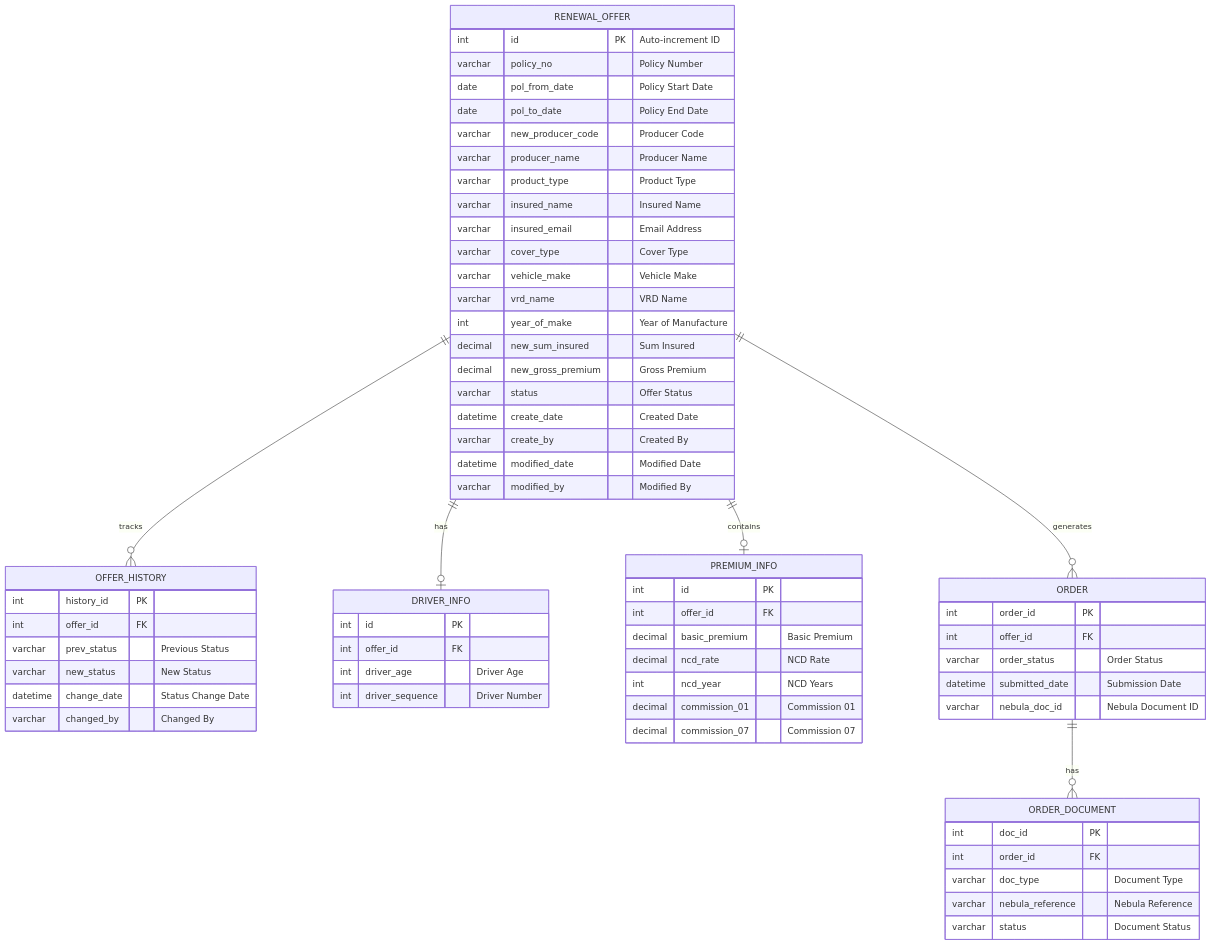
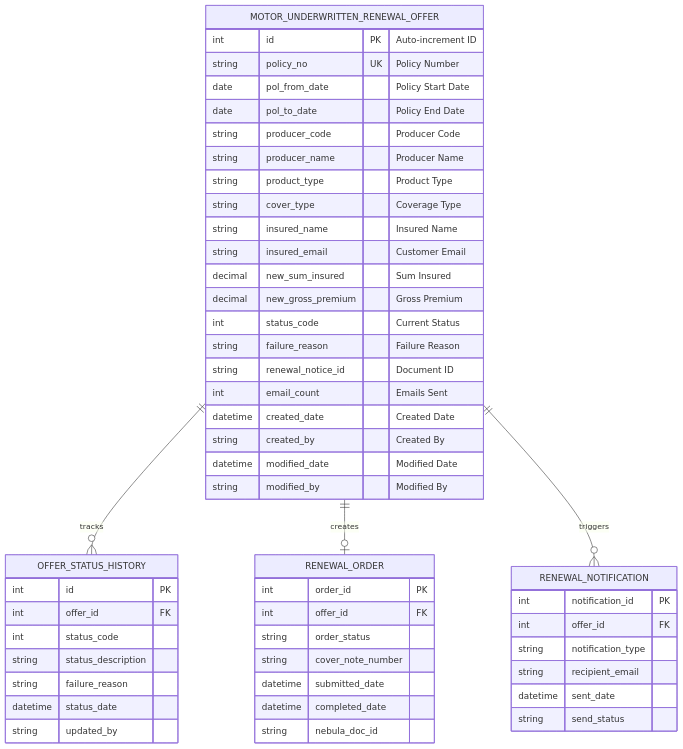
One commit to nghiakvnvsd/test_markdown changed the fifth of 10 diagrams in README.md. Above: the diagram before and after it, drawn with Mermaid. The commit also changed other lines of this file, not shown here.

````diff
--- a/README.md
+++ b/README.md
@@ -218,73 +275,58 @@
 ```mermaid
 erDiagram
-    RENEWAL_OFFER ||--o{ OFFER_HISTORY : tracks
-    RENEWAL_OFFER ||--o| DRIVER_INFO : has
-    RENEWAL_OFFER ||--o| PREMIUM_INFO : contains
-    RENEWAL_OFFER ||--o{ ORDER : generates
-    ORDER ||--o{ ORDER_DOCUMENT : has
+    MOTOR_UNDERWRITTEN_RENEWAL_OFFER ||--o{ OFFER_STATUS_HISTORY : tracks
+    MOTOR_UNDERWRITTEN_RENEWAL_OFFER ||--o| RENEWAL_ORDER : creates
+    MOTOR_UNDERWRITTEN_RENEWAL_OFFER ||--o{ RENEWAL_NOTIFICATION : triggers
    
-    RENEWAL_OFFER {
+    MOTOR_UNDERWRITTEN_RENEWAL_OFFER {
         int id PK "Auto-increment ID"
-        varchar policy_no "Policy Number"
+        string policy_no UK "Policy Number"
         date pol_from_date "Policy Start Date"
         date pol_to_date "Policy End Date"
-        varchar new_producer_code "Producer Code"
-        varchar producer_name "Producer Name"
-        varchar product_type "Product Type"
-        varchar insured_name "Insured Name"
-        varchar insured_email "Email Address"
-        varchar cover_type "Cover Type"
-        varchar vehicle_make "Vehicle Make"
-        varchar vrd_name "VRD Name"
-        int year_of_make "Year of Manufacture"
+        string producer_code "Producer Code"
+        string producer_name "Producer Name"
+        string product_type "Product Type"
+        string cover_type "Coverage Type"
+        string insured_name "Insured Name"
+        string insured_email "Customer Email"
         decimal new_sum_insured "Sum Insured"
         decimal new_gross_premium "Gross Premium"
-        varchar status "Offer Status"
-        datetime create_date "Created Date"
-        varchar create_by "Created By"
+        int status_code "Current Status"
+        string failure_reason "Failure Reason"
+        string renewal_notice_id "Document ID"
+        int email_count "Emails Sent"
+        datetime created_date "Created Date"
+        string created_by "Created By"
         datetime modified_date "Modified Date"
-        varchar modified_by "Modified By"
+        string modified_by "Modified By"
     }
    
-    DRIVER_INFO {
+    OFFER_STATUS_HISTORY {
         int id PK
         int offer_id FK
-        int driver_age "Driver Age"
-        int driver_sequence "Driver Number"
+        int status_code
+        string status_description
+        string failure_reason
+        datetime status_date
+        string updated_by
     }
    
-    PREMIUM_INFO {
-        int id PK
+    RENEWAL_ORDER {
+        int order_id PK
         int offer_id FK
-        decimal basic_premium "Basic Premium"
-        decimal ncd_rate "NCD Rate"
-        int ncd_year "NCD Years"
-        decimal commission_01 "Commission 01"
-        decimal commission_07 "Commission 07"
+        string order_status
+        string cover_note_number
+        datetime submitted_date
+        datetime completed_date
+        string nebula_doc_id
     }
    
-    ORDER {
-        int order_id PK
+    RENEWAL_NOTIFICATION {
+        int notification_id PK
         int offer_id FK
-        varchar order_status "Order Status"
-        datetime submitted_date "Submission Date"
-        varchar nebula_doc_id "Nebula Document ID"
-    }
-   
-    ORDER_DOCUMENT {
-        int doc_id PK
-        int order_id FK
-        varchar doc_type "Document Type"
-        varchar nebula_reference "Nebula Reference"
-        varchar status "Document Status"
-    }
-   
-    OFFER_HISTORY {
-        int history_id PK
-        int offer_id FK
-        varchar prev_status "Previous Status"
-        varchar new_status "New Status"
-        datetime change_date "Status Change Date"
-        varchar changed_by "Changed By"
+        string notification_type
+        string recipient_email
+        datetime sent_date
+        string send_status
     }
 ```
````
